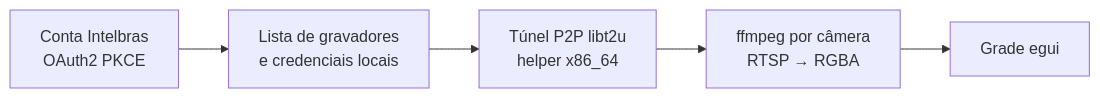
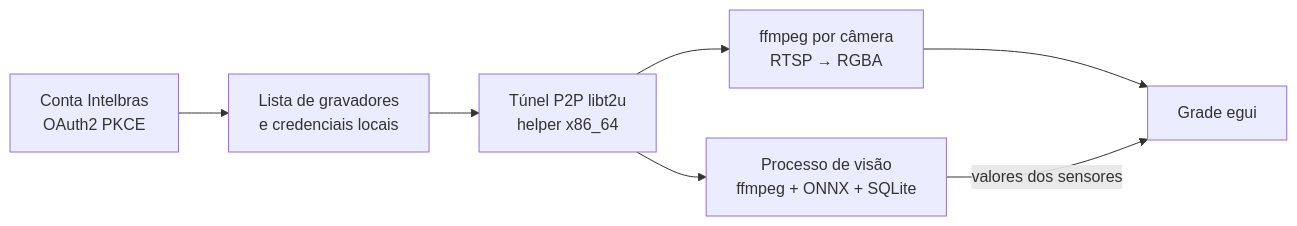
Before and after one commit to rogerznts/intel-siam: the diagram in README.md, drawn with Mermaid. The commit also changed other lines of this file, not shown here.

````diff
--- a/README.md
+++ b/README.md
@@ -48,7 +50,9 @@
 ```mermaid
 flowchart LR
   A[Conta Intelbras<br/>OAuth2 PKCE] --> B[Lista de gravadores<br/>e credenciais locais]
   B --> C[Túnel P2P libt2u<br/>helper x86_64]
   C --> D[ffmpeg por câmera<br/>RTSP → RGBA]
   D --> E[Grade egui]
+  C --> V[Processo de visão<br/>ffmpeg + ONNX + SQLite]
+  V -- valores dos sensores --> E
 ```
````
